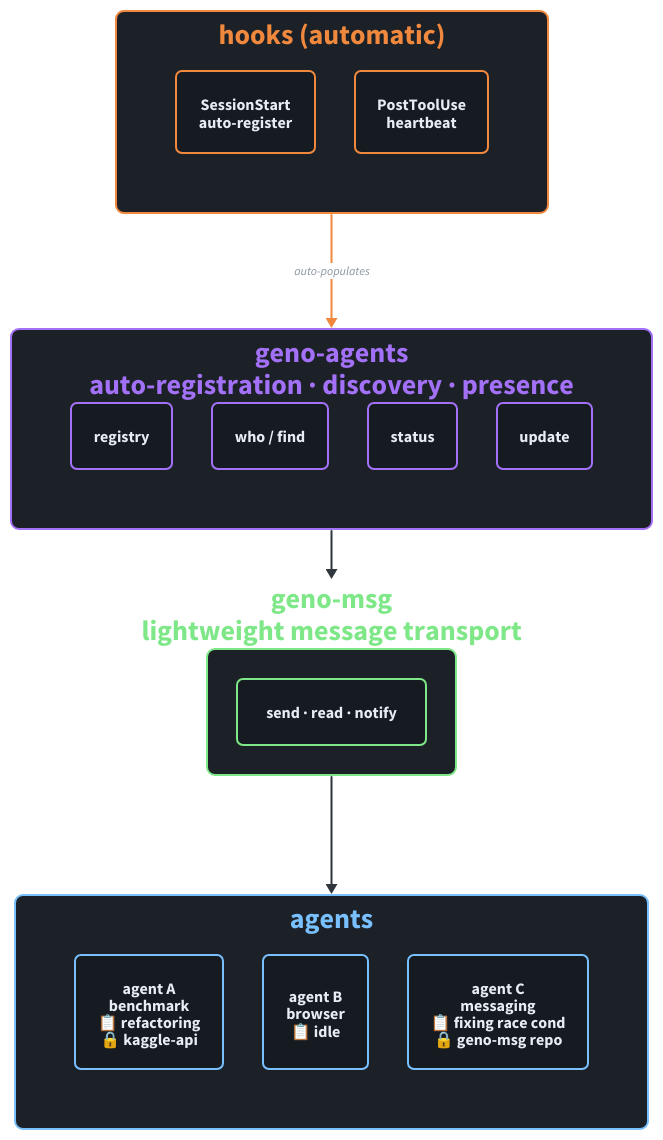
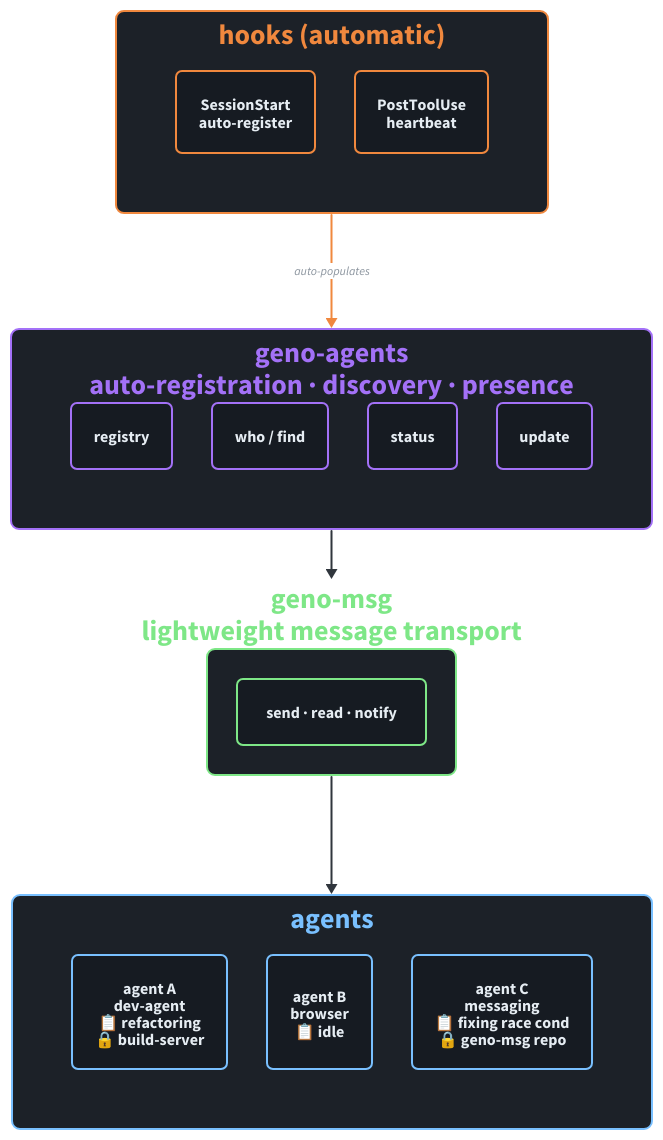
One commit to 42euge/geno-agents changed the diagram in docs/architecture.d2. Above: the diagram before and after it, drawn with D2. The commit also changed 5 other files, not shown here.

First line of the commit message:
Remove Kaggle-specific examples from skills, docs, and diagrams

```diff
--- a/docs/architecture.d2
+++ b/docs/architecture.d2
@@ -1,156 +1,156 @@
 direction: down
 
 geno-agents: "geno-agents\nauto-registration · discovery · presence" {
   style: {
     fill: "#1c2128"
     stroke: "#a371f7"
     stroke-width: 2
     border-radius: 8
     font-color: "#a371f7"
     bold: true
   }
 
   grid-columns: 4
 
   registry: "registry" {
     style: {
       fill: "#161b22"
       stroke: "#a371f7"
       font-color: "#e6edf3"
       border-radius: 6
     }
   }
   who: "who / find" {
     style: {
       fill: "#161b22"
       stroke: "#a371f7"
       font-color: "#e6edf3"
       border-radius: 6
     }
   }
   status: "status" {
     style: {
       fill: "#161b22"
       stroke: "#a371f7"
       font-color: "#e6edf3"
       border-radius: 6
     }
   }
   update: "update" {
     style: {
       fill: "#161b22"
       stroke: "#a371f7"
       font-color: "#e6edf3"
       border-radius: 6
     }
   }
 }
 
 hooks: "hooks (automatic)" {
   style: {
     fill: "#1c2128"
     stroke: "#f0883e"
     stroke-width: 2
     border-radius: 8
     font-color: "#f0883e"
     bold: true
   }
 
   grid-columns: 2
 
   h1: "SessionStart\nauto-register" {
     style: {
       fill: "#161b22"
       stroke: "#f0883e"
       font-color: "#e6edf3"
       border-radius: 6
     }
   }
   h2: "PostToolUse\nheartbeat" {
     style: {
       fill: "#161b22"
       stroke: "#f0883e"
       font-color: "#e6edf3"
       border-radius: 6
     }
   }
 }
 
 geno-msg: "geno-msg\nlightweight message transport" {
   style: {
     fill: "#1c2128"
     stroke: "#7ee787"
     stroke-width: 2
     border-radius: 8
     font-color: "#7ee787"
     bold: true
   }
 
   ops: "send · read · notify" {
     style: {
       fill: "#161b22"
       stroke: "#7ee787"
       font-color: "#e6edf3"
       border-radius: 6
     }
   }
 }
 
 agents: "agents" {
   style: {
     fill: "#1c2128"
     stroke: "#79c0ff"
     stroke-width: 2
     border-radius: 8
     font-color: "#79c0ff"
     bold: true
   }
 
   grid-columns: 3
 
-  a: "agent A\nbenchmark\n📋 refactoring\n🔒 kaggle-api" {
+  a: "agent A\ndev-agent\n📋 refactoring\n🔒 build-server" {
     style: {
       fill: "#161b22"
       stroke: "#79c0ff"
       font-color: "#e6edf3"
       border-radius: 6
     }
   }
   b: "agent B\nbrowser\n📋 idle" {
     style: {
       fill: "#161b22"
       stroke: "#79c0ff"
       font-color: "#e6edf3"
       border-radius: 6
     }
   }
   c: "agent C\nmessaging\n📋 fixing race cond\n🔒 geno-msg repo" {
     style: {
       fill: "#161b22"
       stroke: "#79c0ff"
       font-color: "#e6edf3"
       border-radius: 6
     }
   }
 }
 
 hooks -> geno-agents: "auto-populates" {
   style: {
     stroke: "#f0883e"
     stroke-width: 2
     font-color: "#8b949e"
     font-size: 12
   }
 }
 geno-agents -> geno-msg: {
   style: {
     stroke: "#30363d"
     stroke-width: 2
   }
 }
 geno-msg -> agents: {
   style: {
     stroke: "#30363d"
     stroke-width: 2
   }
 }
```
